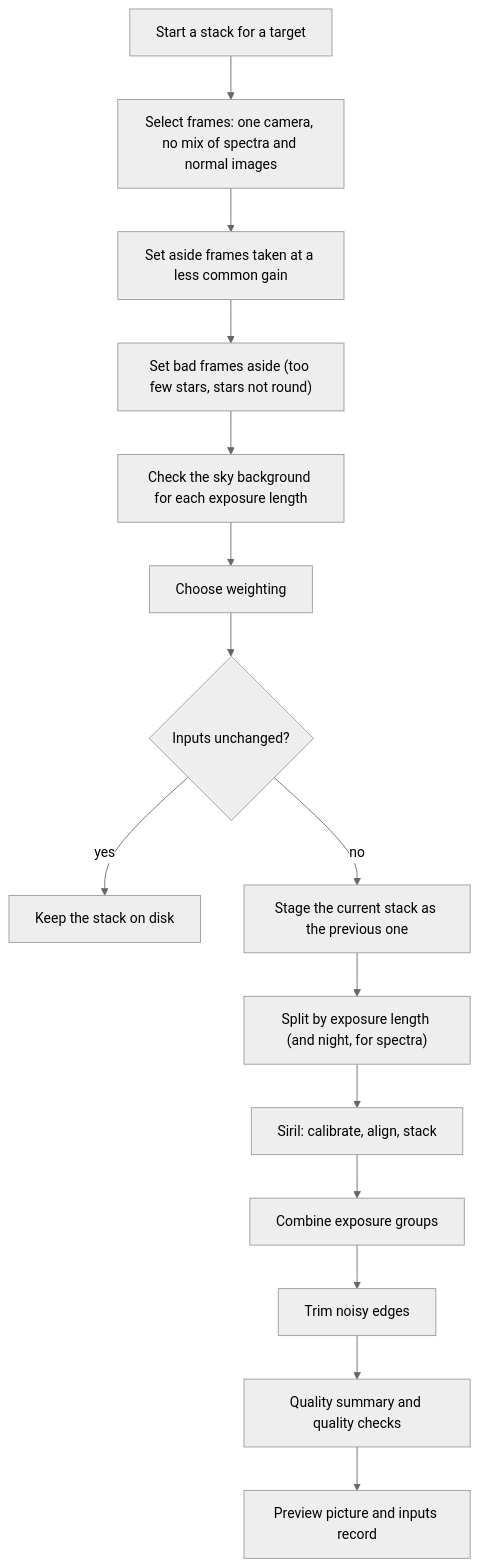
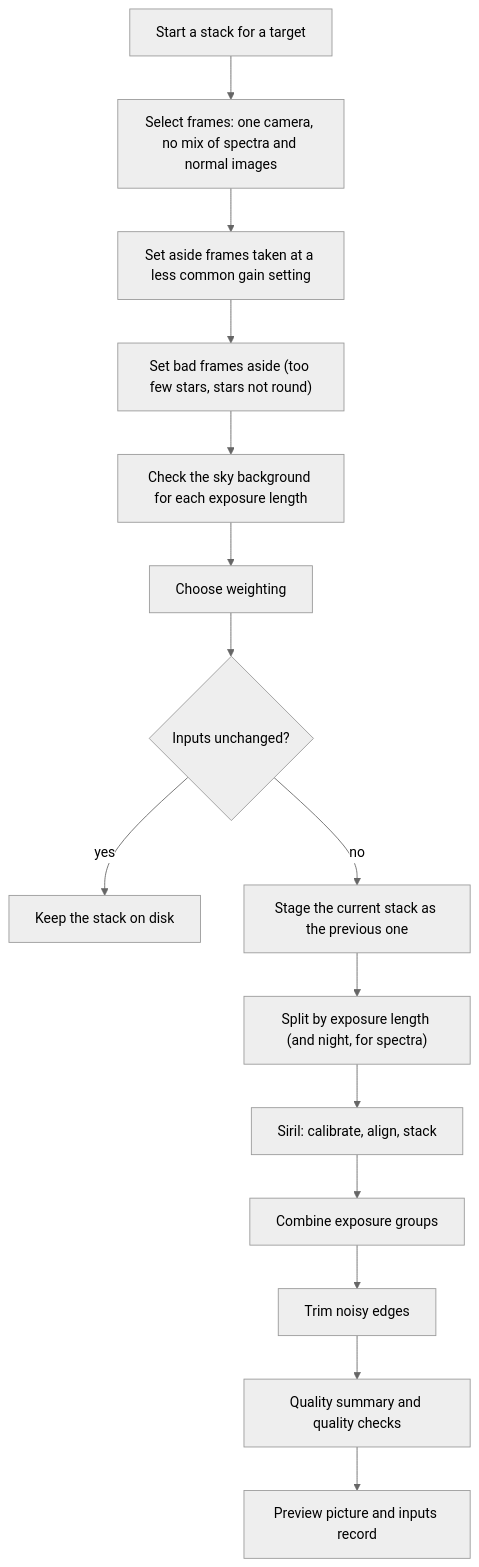
Before and after one commit to m1chae2/astrometrics: the diagram in documentation/library_design/pipelines/stacking.md, drawn with Mermaid (neutral theme). The commit also changed other lines of this file and 51 other files, not shown here.

````diff
--- a/documentation/library_design/pipelines/stacking.md
+++ b/documentation/library_design/pipelines/stacking.md
@@ -45,17 +50,17 @@
 ```mermaid
 flowchart TD
     A["Start a stack for a target"] --> B["Select frames: one camera, no mix of spectra and normal images"]
-    B --> C["Set aside frames taken at a less common gain"]
+    B --> C["Set aside frames taken at a less common gain setting"]
     C --> D["Set bad frames aside (too few stars, stars not round)"]
     D --> E["Check the sky background for each exposure length"]
     E --> F["Choose weighting"]
     F --> G{"Inputs unchanged?"}
     G -- yes --> H["Keep the stack on disk"]
     G -- no --> I["Stage the current stack as the previous one"]
     I --> J["Split by exposure length (and night, for spectra)"]
     J --> K["Siril: calibrate, align, stack"]
     K --> L["Combine exposure groups"]
     L --> M["Trim noisy edges"]
     M --> N["Quality summary and quality checks"]
     N --> O["Preview picture and inputs record"]
 ```
````
